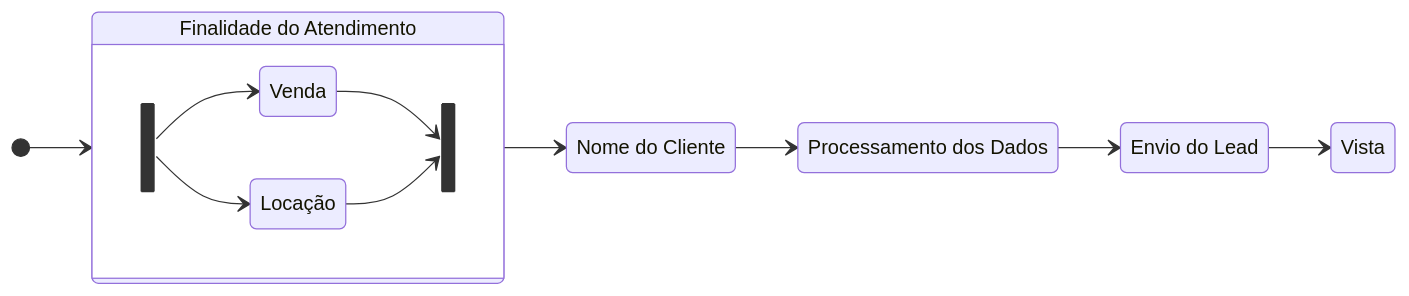
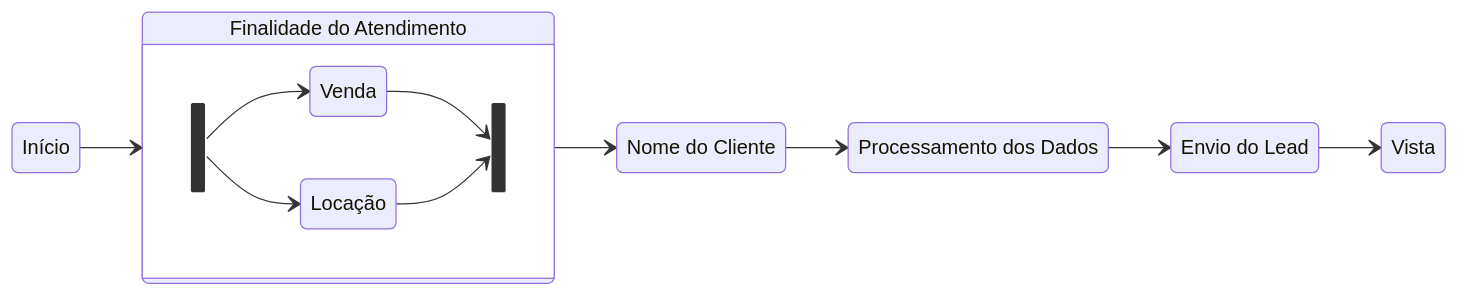
One commit to pepeleascov/cmsouza changed the diagram in readme.md. Above: the diagram before and after it, drawn with Mermaid.

Commit message:
Start Chart

````diff
--- a/readme.md
+++ b/readme.md
@@ -85,27 +85,27 @@
 ```mermaid
 stateDiagram
     1: Finalidade do Atendimento
     v: Venda
     l: Locação
     2: Nome do Cliente
     3: Processamento dos Dados
     4: Envio do Lead
     5: Vista
     direction LR
     
-    [*] --> 1
+    Início --> 1
     state 1 {
     state fork_state <<fork>>
     direction LR
         fork_state
         fork_state --> v
         fork_state --> l
     state join_state <<join>>
     v --> join_state
     l --> join_state
     }
     1 --> 2
     2 --> 3
     3 --> 4
     4 --> 5
 ```
````
